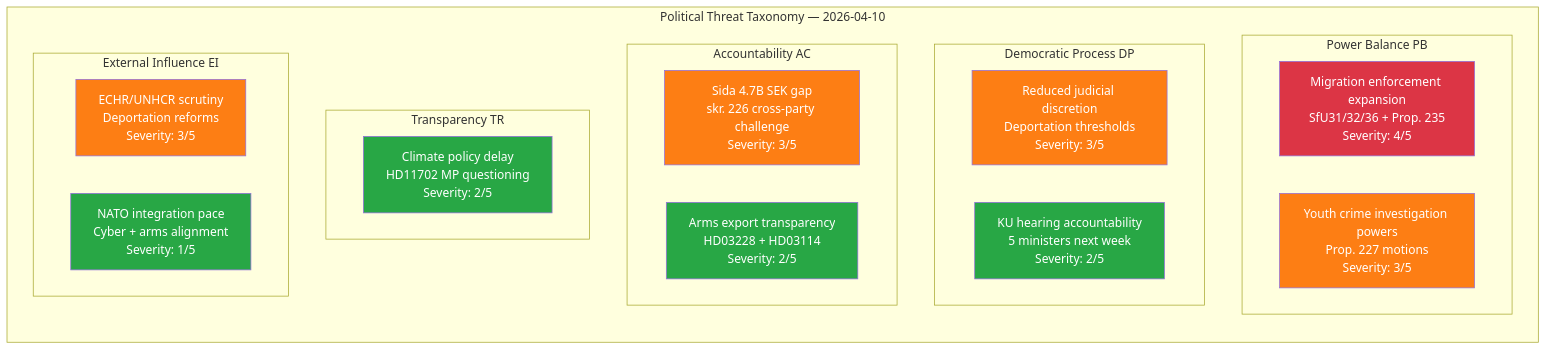
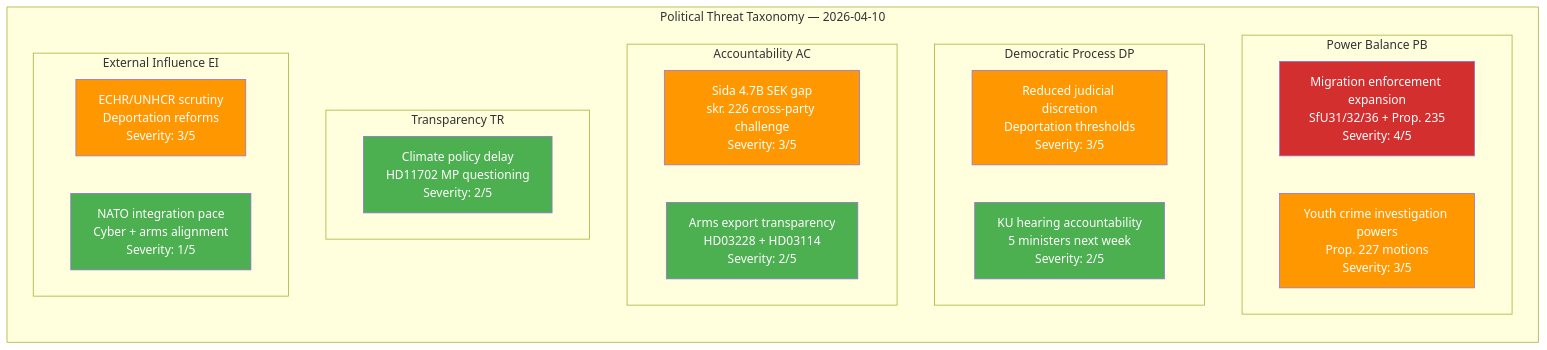
One commit to Hack23/riksdagsmonitor changed the first of 2 diagrams in analysis/daily/2026-04-10/evening-analysis/threat-analysis.md. Above: the diagram before and after it, drawn with Mermaid. The commit also changed other lines of this file and 785 other files, not shown here.

First line of the commit message:
Normalize mermaid colors across 786 analysis artifacts to ISMS Style Guide palette

````diff
--- a/analysis/daily/2026-04-10/evening-analysis/threat-analysis.md
+++ b/analysis/daily/2026-04-10/evening-analysis/threat-analysis.md
@@ -16,35 +16,35 @@
 ```mermaid
 graph TD
     subgraph "Political Threat Taxonomy — 2026-04-10"
         direction TB
         subgraph "Power Balance PB"
             PB1["Migration enforcement expansion<br/>SfU31/32/36 + Prop. 235<br/>Severity: 4/5"]
             PB2["Youth crime investigation powers<br/>Prop. 227 motions<br/>Severity: 3/5"]
         end
         subgraph "Democratic Process DP"
             DP1["Reduced judicial discretion<br/>Deportation thresholds<br/>Severity: 3/5"]
             DP2["KU hearing accountability<br/>5 ministers next week<br/>Severity: 2/5"]
         end
         subgraph "Accountability AC"
             AC1["Sida 4.7B SEK gap<br/>skr. 226 cross-party challenge<br/>Severity: 3/5"]
             AC2["Arms export transparency<br/>HD03228 + HD03114<br/>Severity: 2/5"]
         end
         subgraph "Transparency TR"
             TR1["Climate policy delay<br/>HD11702 MP questioning<br/>Severity: 2/5"]
         end
         subgraph "External Influence EI"
             EI1["ECHR/UNHCR scrutiny<br/>Deportation reforms<br/>Severity: 3/5"]
             EI2["NATO integration pace<br/>Cyber + arms alignment<br/>Severity: 1/5"]
         end
     end
 
-    style PB1 fill:#dc3545,color:#fff
-    style PB2 fill:#fd7e14,color:#fff
-    style DP1 fill:#fd7e14,color:#fff
-    style DP2 fill:#28a745,color:#fff
-    style AC1 fill:#fd7e14,color:#fff
-    style AC2 fill:#28a745,color:#fff
-    style TR1 fill:#28a745,color:#fff
-    style EI1 fill:#fd7e14,color:#fff
-    style EI2 fill:#28a745,color:#fff
+    style PB1 fill:#D32F2F,color:#FFFFFF
+    style PB2 fill:#FF9800,color:#FFFFFF
+    style DP1 fill:#FF9800,color:#FFFFFF
+    style DP2 fill:#4CAF50,color:#FFFFFF
+    style AC1 fill:#FF9800,color:#FFFFFF
+    style AC2 fill:#4CAF50,color:#FFFFFF
+    style TR1 fill:#4CAF50,color:#FFFFFF
+    style EI1 fill:#FF9800,color:#FFFFFF
+    style EI2 fill:#4CAF50,color:#FFFFFF
 ```
````
